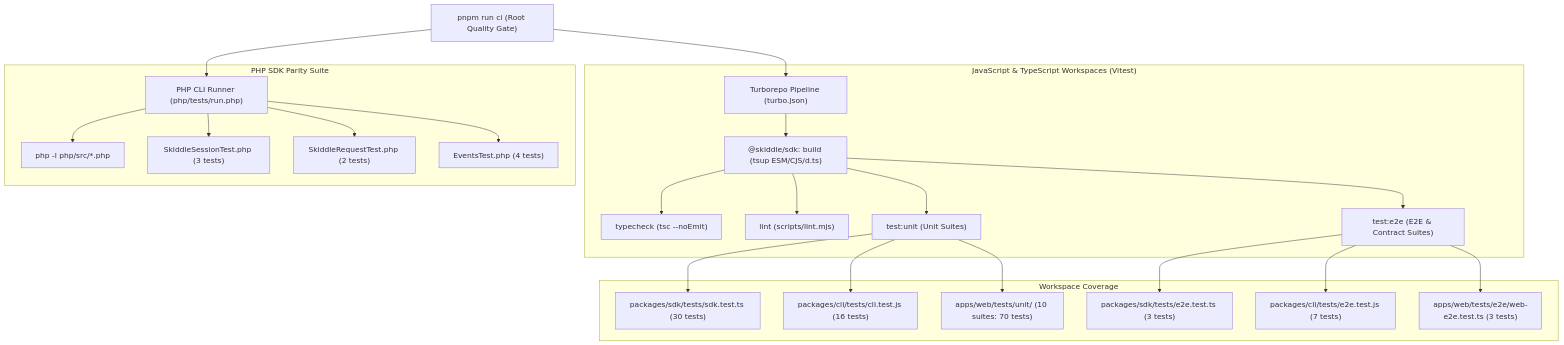
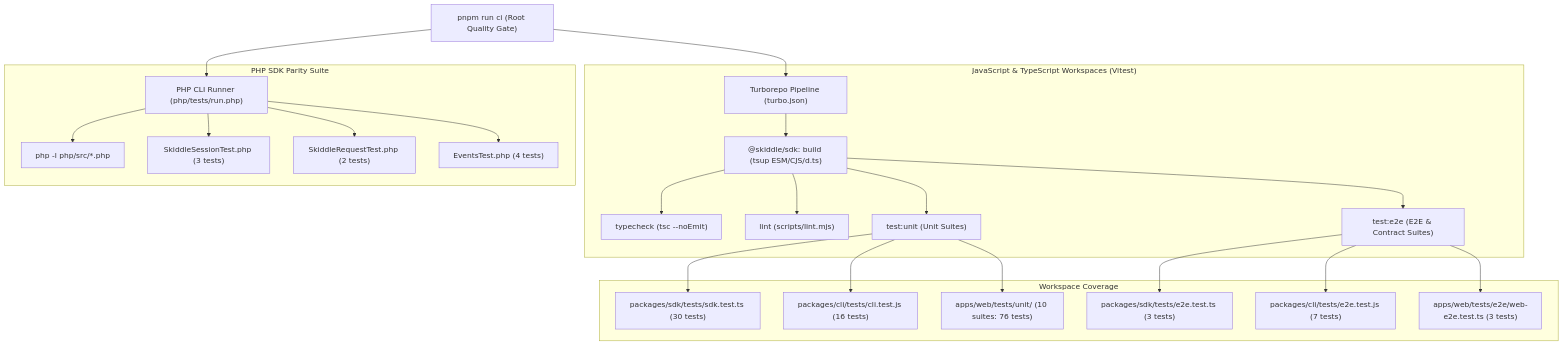
One commit to goldlabelapps/skiddle changed the diagram in docs/04-testing-and-verification.md. Above: the diagram before and after it, drawn with Mermaid. The commit also changed other lines of this file and 19 other files, not shown here.

````diff
--- a/docs/04-testing-and-verification.md
+++ b/docs/04-testing-and-verification.md
@@ -22,30 +22,30 @@
 ```mermaid
 flowchart TD
     Root["pnpm run ci (Root Quality Gate)"] --> Turbo["Turborepo Pipeline (turbo.json)"]
     Root --> PHP["PHP CLI Runner (php/tests/run.php)"]
 
     subgraph JS_TS ["JavaScript & TypeScript Workspaces (Vitest)"]
         Turbo --> SDK_Build["@skiddle/sdk: build (tsup ESM/CJS/d.ts)"]
         SDK_Build --> Typecheck["typecheck (tsc --noEmit)"]
         SDK_Build --> Lint["lint (scripts/lint.mjs)"]
         SDK_Build --> Unit["test:unit (Unit Suites)"]
         SDK_Build --> E2E["test:e2e (E2E & Contract Suites)"]
     end
 
     subgraph Packages ["Workspace Coverage"]
         Unit --> SDK_U["packages/sdk/tests/sdk.test.ts (30 tests)"]
         Unit --> CLI_U["packages/cli/tests/cli.test.js (16 tests)"]
-        Unit --> Web_U["apps/web/tests/unit/ (10 suites: 70 tests)"]
+        Unit --> Web_U["apps/web/tests/unit/ (10 suites: 76 tests)"]
 
         E2E --> SDK_E["packages/sdk/tests/e2e.test.ts (3 tests)"]
         E2E --> CLI_E["packages/cli/tests/e2e.test.js (7 tests)"]
         E2E --> Web_E["apps/web/tests/e2e/web-e2e.test.ts (3 tests)"]
     end
 
     subgraph PHP_Suite ["PHP SDK Parity Suite"]
         PHP --> PHP_Syntax["php -l php/src/*.php"]
         PHP --> PHP_Session["SkiddleSessionTest.php (3 tests)"]
         PHP --> PHP_Req["SkiddleRequestTest.php (2 tests)"]
         PHP --> PHP_Events["EventsTest.php (4 tests)"]
     end
 ```
````
